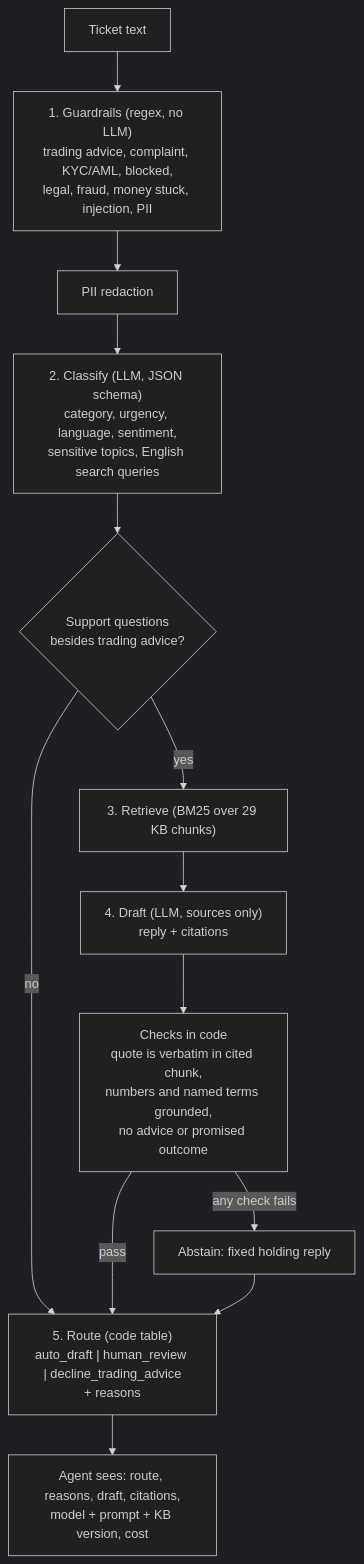
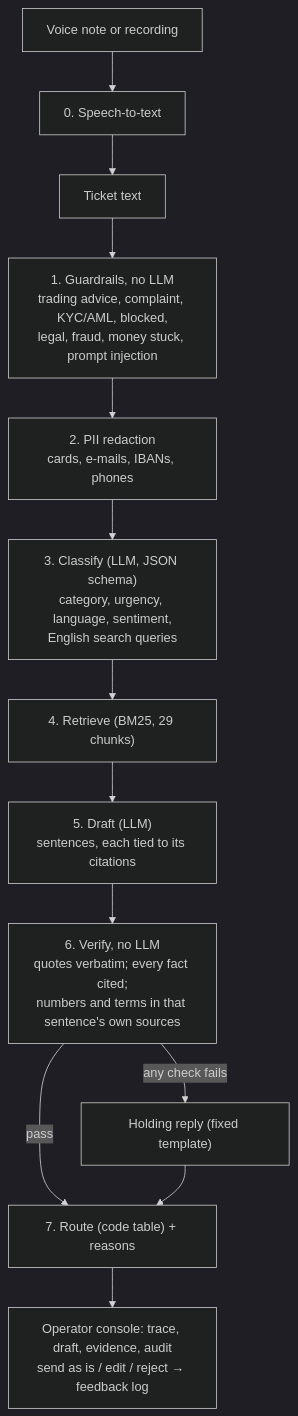
One commit to ahrimmedia-beep/valetax-support-copilot changed the diagram in README.md. Above: the diagram before and after it, drawn with Mermaid (dark theme). The commit also changed other lines of this file and 1 other file, not shown here.

Commit message:
Rewrite README as a case study; add build log

````diff
--- a/README.md
+++ b/README.md
@@ -66,15 +68,15 @@
 ```mermaid
 flowchart TD
-    T[Ticket text] --> G["1. Guardrails (regex, no LLM)<br/>trading advice, complaint, KYC/AML, blocked,<br/>legal, fraud, money stuck, injection, PII"]
-    G --> R[PII redaction]
-    R --> C["2. Classify (LLM, JSON schema)<br/>category, urgency, language, sentiment,<br/>sensitive topics, English search queries"]
-    C --> Q{Support questions<br/>besides trading advice?}
-    Q -- no --> RT
-    Q -- yes --> S["3. Retrieve (BM25 over 29 KB chunks)"]
-    S --> D["4. Draft (LLM, sources only)<br/>reply + citations"]
-    D --> V["Checks in code<br/>quote is verbatim in cited chunk,<br/>numbers and named terms grounded,<br/>no advice or promised outcome"]
-    V -- any check fails --> A[Abstain: fixed holding reply]
-    V -- pass --> RT
-    A --> RT["5. Route (code table)<br/>auto_draft | human_review | decline_trading_advice<br/>+ reasons"]
-    RT --> OUT["Agent sees: route, reasons, draft, citations,<br/>model + prompt + KB version, cost"]
+    V["Voice note or recording"] --> STT["0. Speech-to-text"]
+    STT --> T
+    T["Ticket text"] --> G["1. Guardrails, no LLM<br/>trading advice, complaint, KYC/AML, blocked,<br/>legal, fraud, money stuck, prompt injection"]
+    G --> R["2. PII redaction<br/>cards, e-mails, IBANs, phones"]
+    R --> C["3. Classify (LLM, JSON schema)<br/>category, urgency, language, sentiment,<br/>English search queries"]
+    C --> S["4. Retrieve (BM25, 29 chunks)"]
+    S --> D["5. Draft (LLM)<br/>sentences, each tied to its citations"]
+    D --> VF["6. Verify, no LLM<br/>quotes verbatim; every fact cited;<br/>numbers and terms in that sentence's own sources"]
+    VF -- any check fails --> A["Holding reply (fixed template)"]
+    VF -- pass --> RT
+    A --> RT["7. Route (code table) + reasons"]
+    RT --> UI["Operator console: trace, draft, evidence, audit<br/>send as is / edit / reject → feedback log"]
 ```
````
